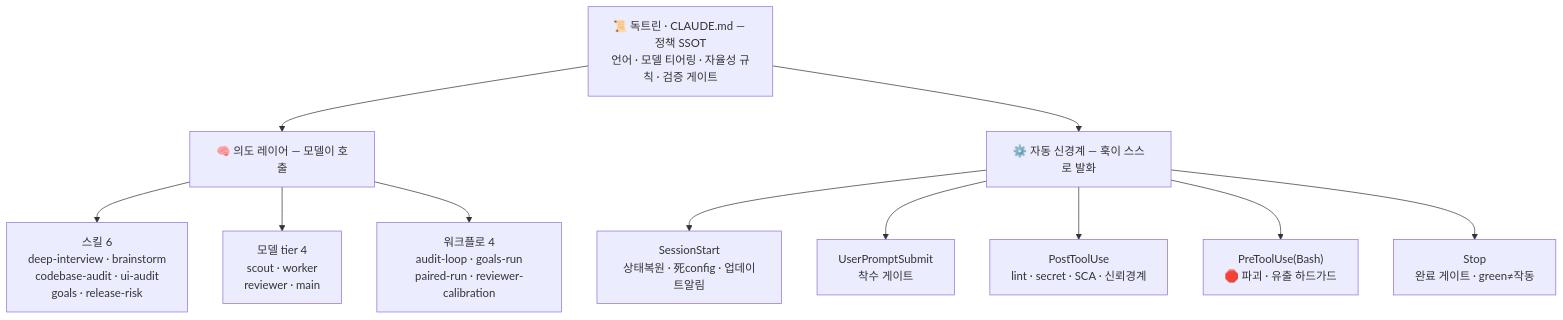
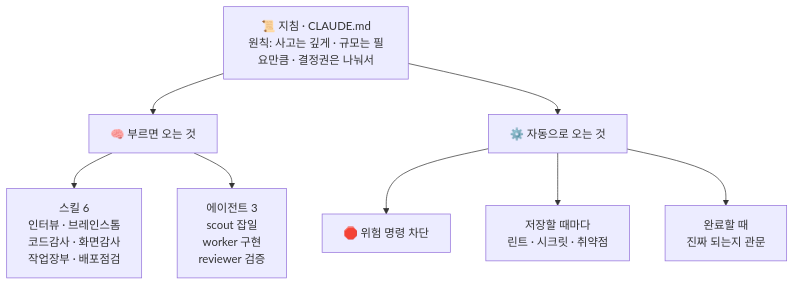
The diagram in README.md (KhakiSkech/ksi-claude-harness), drawn with Mermaid before and after one commit. The commit also changed other lines of this file, not shown here.

````diff
--- a/README.md
+++ b/README.md
@@ -30,16 +123,13 @@
 ```mermaid
 flowchart TB
-    D["📜 독트린 · CLAUDE.md — 정책 SSOT<br/>언어 · 모델 티어링 · 자율성 규칙 · 검증 게이트"]
-    D --> DEL["🧠 의도 레이어 — 모델이 호출"]
-    D --> AUT["⚙️ 자동 신경계 — 훅이 스스로 발화"]
+    D["📜 지침 · CLAUDE.md<br/>원칙: 사고는 깊게 · 규모는 필요만큼 · 결정권은 나눠서"]
+    D --> DEL["🧠 부르면 오는 것"]
+    D --> AUT["⚙️ 자동으로 오는 것"]
 
-    DEL --> SK["스킬 6<br/>deep-interview · brainstorm<br/>codebase-audit · ui-audit<br/>goals · release-risk"]
-    DEL --> AG["모델 tier 4<br/>scout · worker<br/>reviewer · main"]
-    DEL --> WF["워크플로 4<br/>audit-loop · goals-run<br/>paired-run · reviewer-calibration"]
+    DEL --> SK["스킬 6<br/>인터뷰 · 브레인스톰<br/>코드감사 · 화면감사<br/>작업장부 · 배포점검"]
+    DEL --> AG["에이전트 3<br/>scout 잡일<br/>worker 구현<br/>reviewer 검증"]
 
-    AUT --> SESS["SessionStart<br/>상태복원 · 死config · 업데이트알림"]
-    AUT --> PR["UserPromptSubmit<br/>착수 게이트"]
-    AUT --> ED["PostToolUse<br/>lint · secret · SCA · 신뢰경계"]
-    AUT --> BA["PreToolUse(Bash)<br/>🛑 파괴 · 유출 하드가드"]
-    AUT --> ST["Stop<br/>완료 게이트 · green≠작동"]
+    AUT --> BA["🛑 위험 명령 차단"]
+    AUT --> ED["저장할 때마다<br/>린트 · 시크릿 · 취약점"]
+    AUT --> ST["완료할 때<br/>진짜 되는지 관문"]
 ```
````
